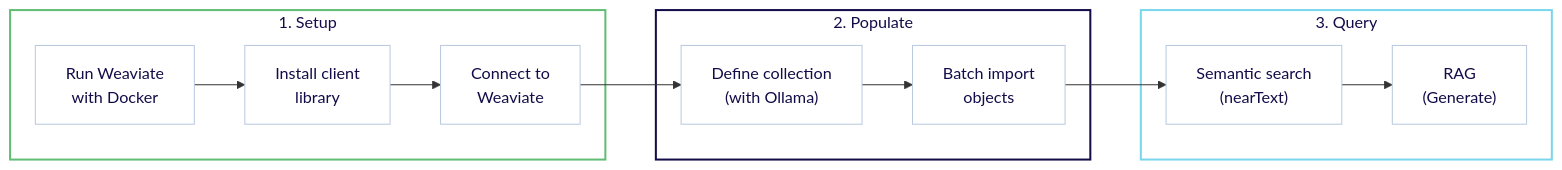
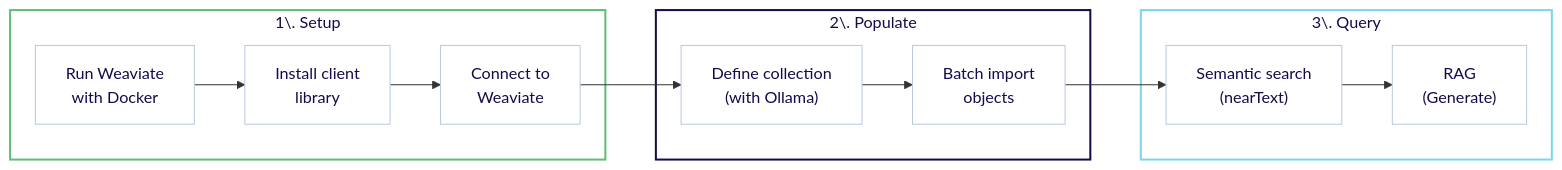
The first of 3 diagrams in docs/weaviate/quickstart/local.md (weaviate/docs), drawn with Mermaid before and after one commit. The commit also changed other lines of this file and 35 other files, not shown here.

Commit message:
Fix links, mermaid diagrams

````diff
--- a/docs/weaviate/quickstart/local.md
+++ b/docs/weaviate/quickstart/local.md
@@ -25,41 +25,41 @@
 ```mermaid
 flowchart LR
     %% Define nodes with white backgrounds and darker borders
-    A1["Run Weaviate\nwith Docker"] --> A2["Install client\nlibrary"]
-    A2 --> A3["Connect to\nWeaviate"]
-    A3 --> B1["Define collection\n(with Ollama)"]
-    B1 --> B2["Batch import\nobjects"]
-    B2 --> C1["Semantic search\n(nearText)"]
-    C1 --> C2["RAG\n(Generate)"]
+    A1["Run Weaviate<br> with Docker"] --> A2["Install client<br> library"]
+    A2 --> A3["Connect to<br> Weaviate"]
+    A3 --> B1["Define collection<br> (with Ollama)"]
+    B1 --> B2["Batch import<br> objects"]
+    B2 --> C1["Semantic search<br> (nearText)"]
+    C1 --> C2["RAG<br> (Generate)"]
 
     %% Group nodes in subgraphs with brand colors
-    subgraph sg1 ["1. Setup"]
+    subgraph sg1 ["1\. Setup"]
         A1
         A2
         A3
     end
 
-    subgraph sg2 ["2. Populate"]
+    subgraph sg2 ["2\. Populate"]
         B1
         B2
     end
 
-    subgraph sg3 ["3. Query"]
+    subgraph sg3 ["3\. Query"]
         C1
         C2
     end
 
     %% Style nodes with white background and darker borders
     style A1 fill:#ffffff,stroke:#B9C8DF,color:#130C49
     style A2 fill:#ffffff,stroke:#B9C8DF,color:#130C49
     style A3 fill:#ffffff,stroke:#B9C8DF,color:#130C49
     style B1 fill:#ffffff,stroke:#B9C8DF,color:#130C49
     style B2 fill:#ffffff,stroke:#B9C8DF,color:#130C49
     style C1 fill:#ffffff,stroke:#B9C8DF,color:#130C49
     style C2 fill:#ffffff,stroke:#B9C8DF,color:#130C49
 
     %% Style subgraphs with brand colors
     style sg1 fill:#ffffff,stroke:#61BD73,stroke-width:2px,color:#130C49
     style sg2 fill:#ffffff,stroke:#130C49,stroke-width:2px,color:#130C49
     style sg3 fill:#ffffff,stroke:#7AD6EB,stroke-width:2px,color:#130C49
 ```
````
